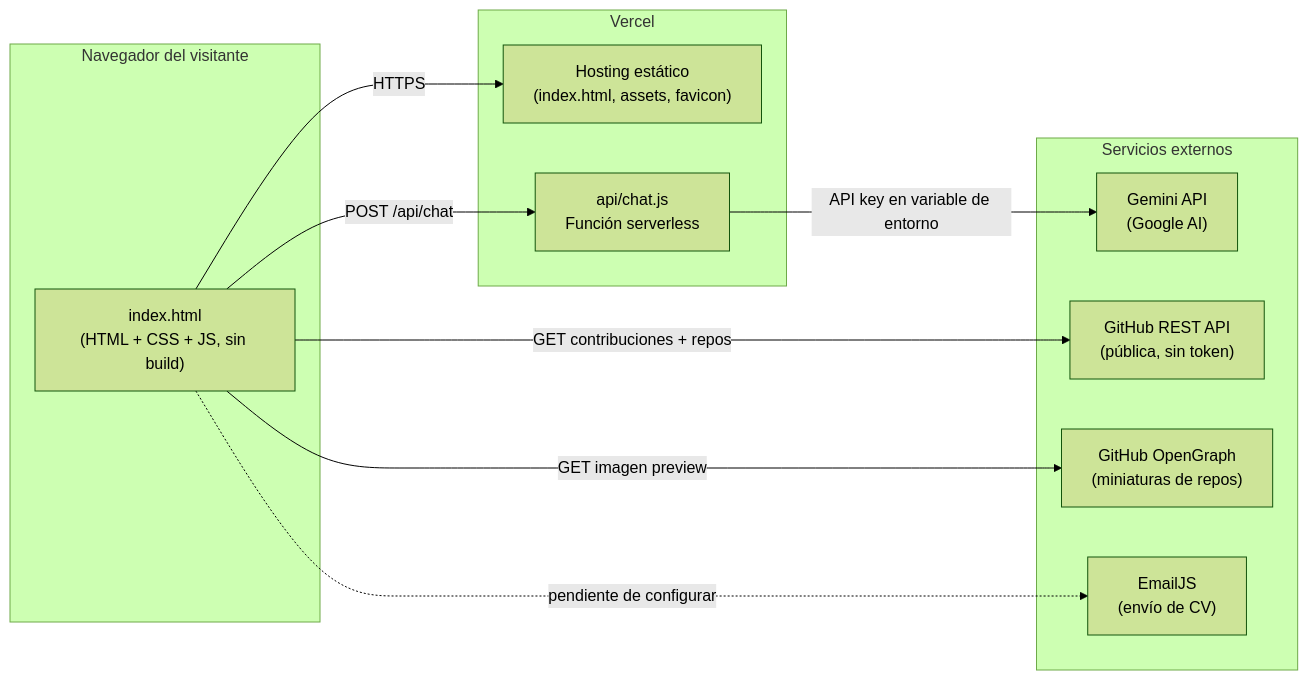
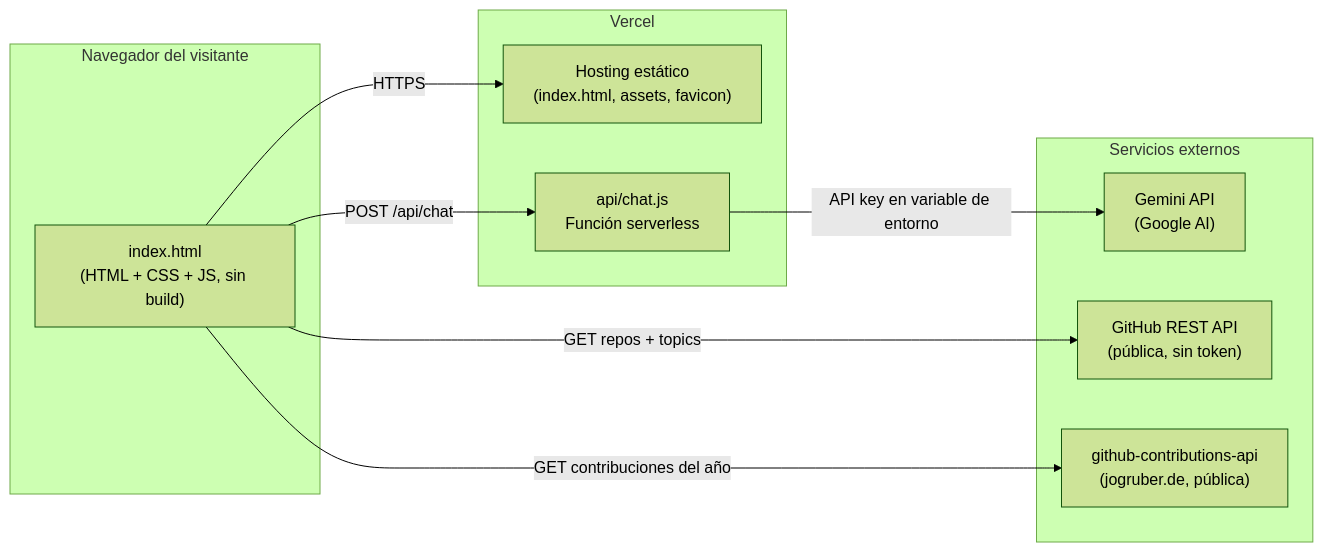
Before and after one commit to Javier3921/Portfolio: the first of 3 diagrams in README.md, drawn with Mermaid (forest theme). The commit also changed other lines of this file and 15 other files, not shown here.

````diff
--- a/README.md
+++ b/README.md
@@ -84,25 +98,23 @@
 ```mermaid
 flowchart LR
     subgraph Cliente["Navegador del visitante"]
         UI["index.html\n(HTML + CSS + JS, sin build)"]
     end
 
     subgraph Vercel["Vercel"]
         Static["Hosting estático\n(index.html, assets, favicon)"]
         Fn["api/chat.js\nFunción serverless"]
     end
 
     subgraph Externos["Servicios externos"]
         Gemini["Gemini API\n(Google AI)"]
         GHApi["GitHub REST API\n(pública, sin token)"]
-        GHImg["GitHub OpenGraph\n(miniaturas de repos)"]
-        EmailJS["EmailJS\n(envío de CV)"]
+        GHContrib["github-contributions-api\n(jogruber.de, pública)"]
     end
 
     UI -->|HTTPS| Static
     UI -->|POST /api/chat| Fn
     Fn -->|API key en variable de entorno| Gemini
-    UI -->|GET contribuciones + repos| GHApi
-    UI -->|GET imagen preview| GHImg
-    UI -.->|pendiente de configurar| EmailJS
+    UI -->|GET repos + topics| GHApi
+    UI -->|GET contribuciones del año| GHContrib
 ```
````
